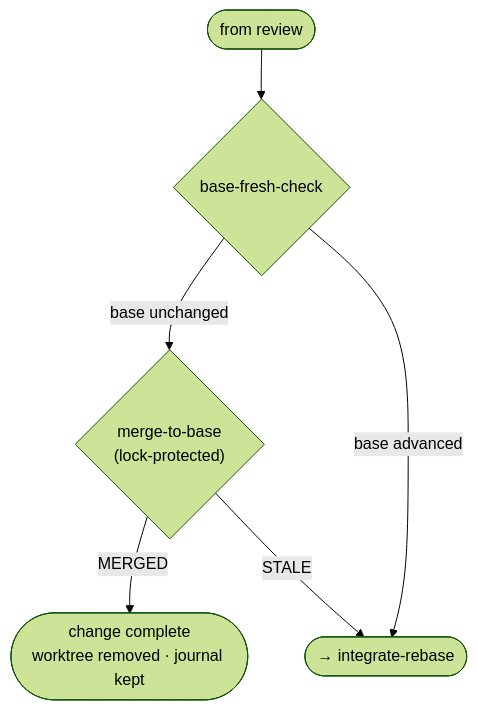
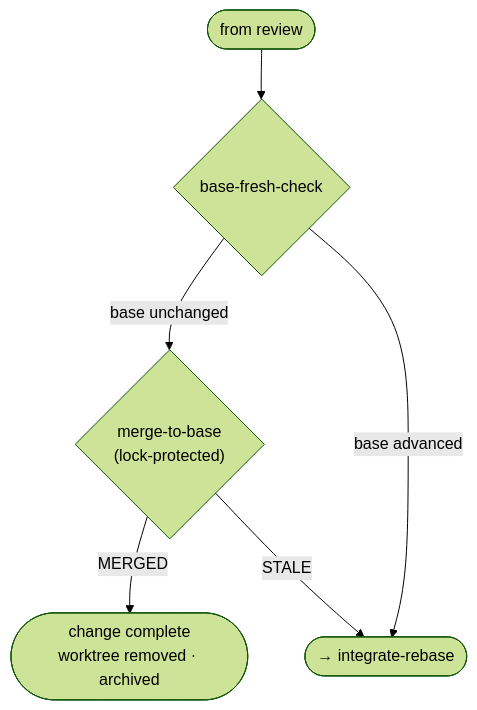
Before and after one commit to jpoimboe/imp: diagram 12 of 12 in docs/architecture.md, drawn with Mermaid (forest theme). The commit also changed other lines of this file, not shown here.

First line of the commit message:
docs: correct stale journal docs

````diff
--- a/docs/architecture.md
+++ b/docs/architecture.md
@@ -236,8 +236,8 @@
 ```mermaid
 flowchart TD
   in([from review]) --> BFC{"base-fresh-check"}
   BFC -->|"base unchanged"| M2B{"merge-to-base<br/>(lock-protected)"}
   BFC -->|"base advanced"| reint([→ integrate-rebase])
-  M2B -->|MERGED| done([change complete<br/>worktree removed · journal kept])
+  M2B -->|MERGED| done([change complete<br/>worktree removed · archived])
   M2B -->|STALE| reint
 ```
````
